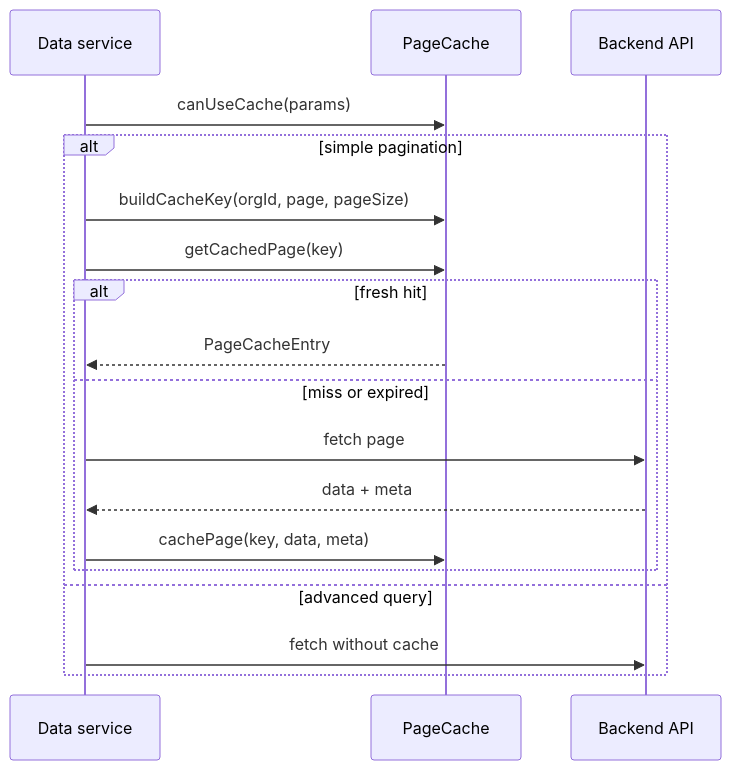
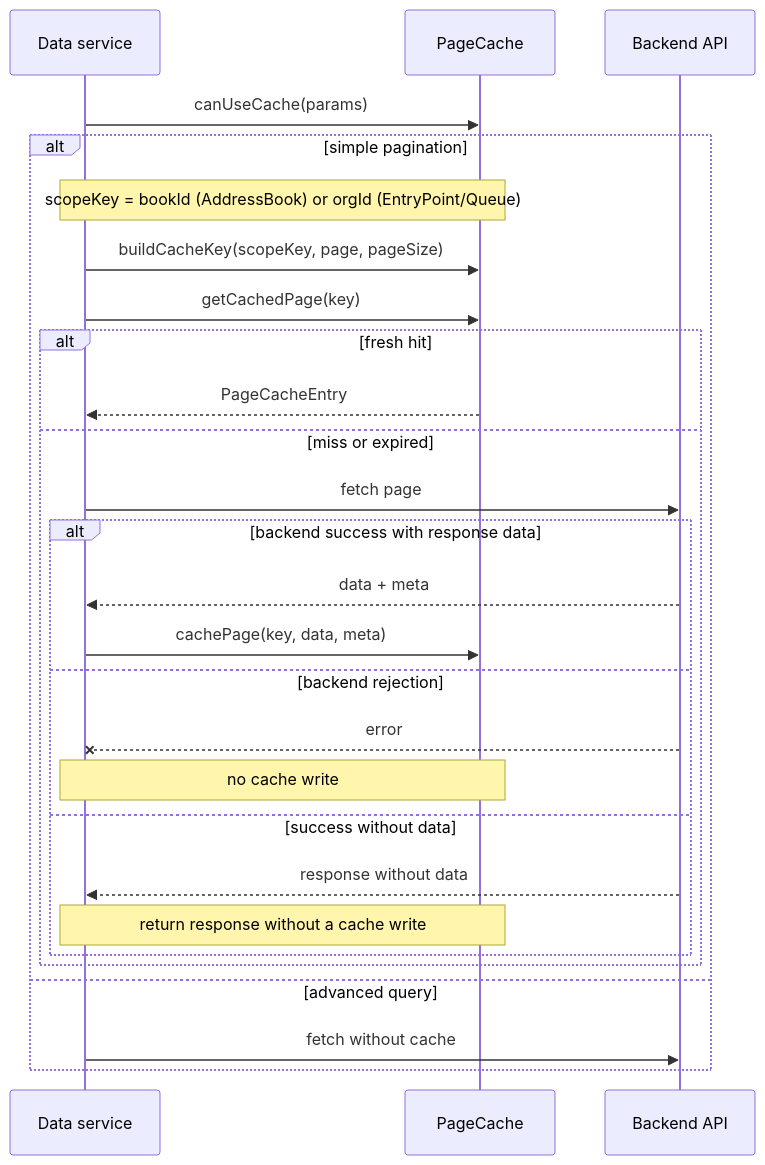
One commit to webex/webex-js-sdk changed the second of 6 diagrams in packages/@webex/contact-center/src/utils/ai-docs/utils-spec.md. Above: the diagram before and after it, drawn with Mermaid. The commit also changed other lines of this file and 10 other files, not shown here.

````diff
--- a/packages/@webex/contact-center/src/utils/ai-docs/utils-spec.md
+++ b/packages/@webex/contact-center/src/utils/ai-docs/utils-spec.md
@@ -157,20 +141,29 @@
 ```mermaid
 sequenceDiagram
   participant Service as Data service
   participant Cache as PageCache
   participant API as Backend API
   Service->>Cache: canUseCache(params)
   alt simple pagination
-    Service->>Cache: buildCacheKey(orgId, page, pageSize)
+    Note over Service,Cache: scopeKey = bookId (AddressBook) or orgId (EntryPoint/Queue)
+    Service->>Cache: buildCacheKey(scopeKey, page, pageSize)
     Service->>Cache: getCachedPage(key)
     alt fresh hit
       Cache-->>Service: PageCacheEntry
     else miss or expired
       Service->>API: fetch page
-      API-->>Service: data + meta
-      Service->>Cache: cachePage(key, data, meta)
+      alt backend success with response data
+        API-->>Service: data + meta
+        Service->>Cache: cachePage(key, data, meta)
+      else backend rejection
+        API--xService: error
+        Note over Service,Cache: no cache write
+      else success without data
+        API-->>Service: response without data
+        Note over Service,Cache: return response without a cache write
+      end
     end
   else advanced query
     Service->>API: fetch without cache
   end
 ```
````
